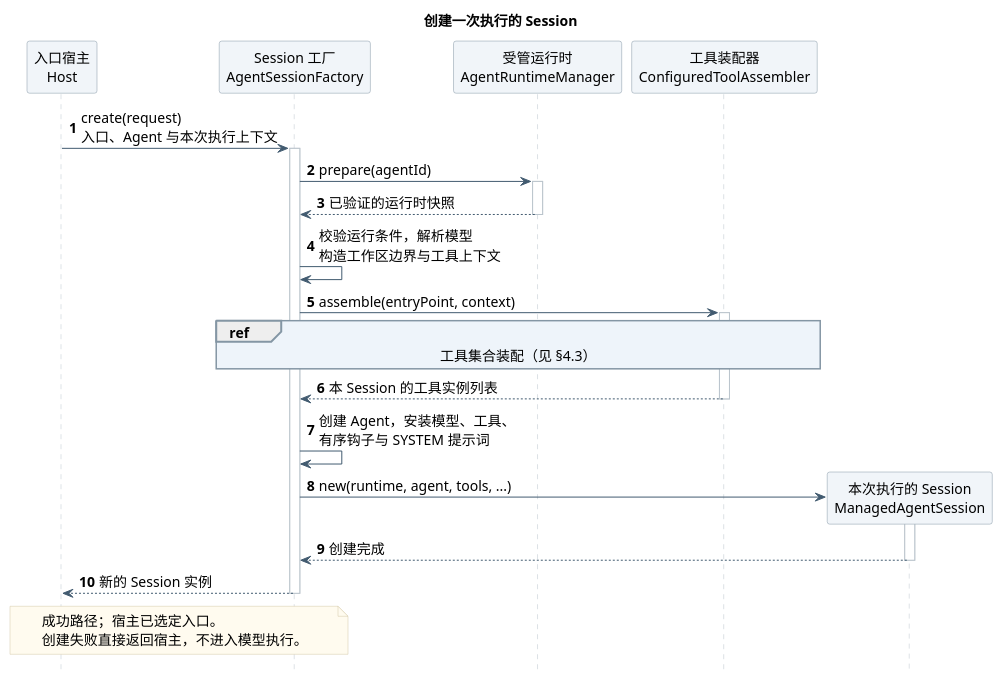
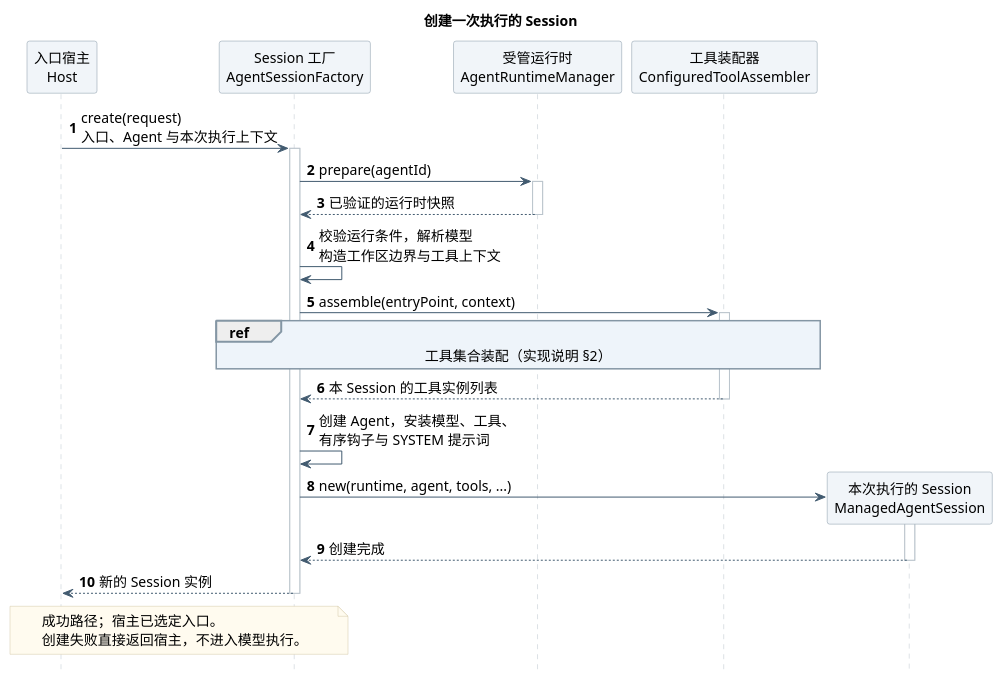
One commit to ssm0808/pi-mono-java-design changed the third of 14 diagrams in 01-总体架构/02-CampusClaw工具系统/diagram.puml. Above: the diagram before and after it, drawn with PlantUML. The commit also changed other lines of this file and 18 other files, not shown here.

```diff
--- a/01-总体架构/02-CampusClaw工具系统/diagram.puml
+++ b/01-总体架构/02-CampusClaw工具系统/diagram.puml
@@ -140,54 +190,54 @@
 @startuml agent_session_assembly
 skinparam backgroundColor white
 skinparam defaultFontName "PingFang SC"
 skinparam defaultFontSize 14
 skinparam shadowing false
 skinparam sequenceMessageAlign left
 skinparam maxMessageSize 210
 skinparam sequenceArrowColor #425B70
 skinparam sequenceLifeLineBorderColor #BAC4CC
 skinparam sequenceParticipantBackgroundColor #F1F5F9
 skinparam sequenceParticipantBorderColor #8496A4
 skinparam sequenceGroupBackgroundColor #FAFBFC
 skinparam sequenceGroupBorderColor #BAC4CC
 skinparam sequenceReferenceBackgroundColor #EEF4FA
 skinparam sequenceReferenceBorderColor #8496A4
 skinparam noteBackgroundColor #FFFBEF
 skinparam noteBorderColor #D2C6A5
 hide footbox
 autonumber
 ' Source evidence (CampusClaw fb842b1ac6cb4818f6b146f79dd184a5cd88bf12, checked 2026-09-21):
 
 ' modules/coding-agent-cli/src/main/java/com/campusclaw/codingagent/session/AgentSessionFactory.java: create, configureAgent, applyPrompt
 ' modules/coding-agent-cli/src/main/java/com/campusclaw/codingagent/runtime/AgentRuntimeManager.java: prepare
 ' Observed behavior: the common factory prepares the runtime, configures an Agent, then creates its ManagedAgentSession.
 ' Design reason: show the common creation boundary; entry-specific admission and lifecycle are outside this interaction.
 ' Pending implementation: new Skill/CallTool entries and direct business adapters, expanded in tool_set_assembly.
 ' Chinese labels are explicitly requested for these sequence diagrams on 2026-09-21.
 title 创建一次执行的 Session
 
 participant "入口宿主\nHost" as Host
 participant "Session 工厂\nAgentSessionFactory" as Factory
 participant "受管运行时\nAgentRuntimeManager" as Manager
 participant "工具装配器\nConfiguredToolAssembler" as Tools
 
 Host -> Factory ++ : create(request)\n入口、Agent 与本次执行上下文
 Factory -> Manager ++ : prepare(agentId)
 Manager --> Factory -- : 已验证的运行时快照
 Factory -> Factory : 校验运行条件，解析模型\n构造工作区边界与工具上下文
 Factory -> Tools ++ : assemble(entryPoint, context)
 ref over Factory, Tools
-  工具集合装配（见 §4.3）
+  工具集合装配（实现说明 §2）
 end ref
 Tools --> Factory -- : 本 Session 的工具实例列表
 Factory -> Factory : 创建 Agent，安装模型、工具、\n有序钩子与 SYSTEM 提示词
 create participant "本次执行的 Session\nManagedAgentSession" as Session
 Factory -> Session ++ : new(runtime, agent, tools, ...)
 Session --> Factory -- : 创建完成
 Factory --> Host -- : 新的 Session 实例
 
 note over Host, Factory
   成功路径；宿主已选定入口。
   创建失败直接返回宿主，不进入模型执行。
 end note
 @enduml
```
